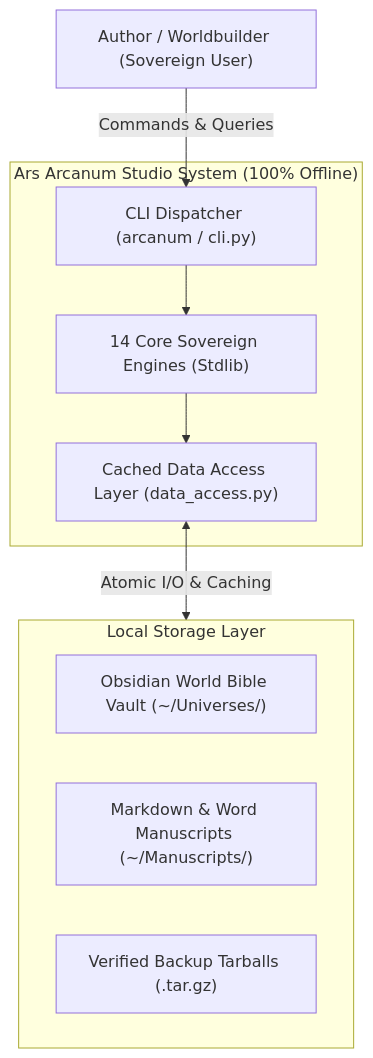
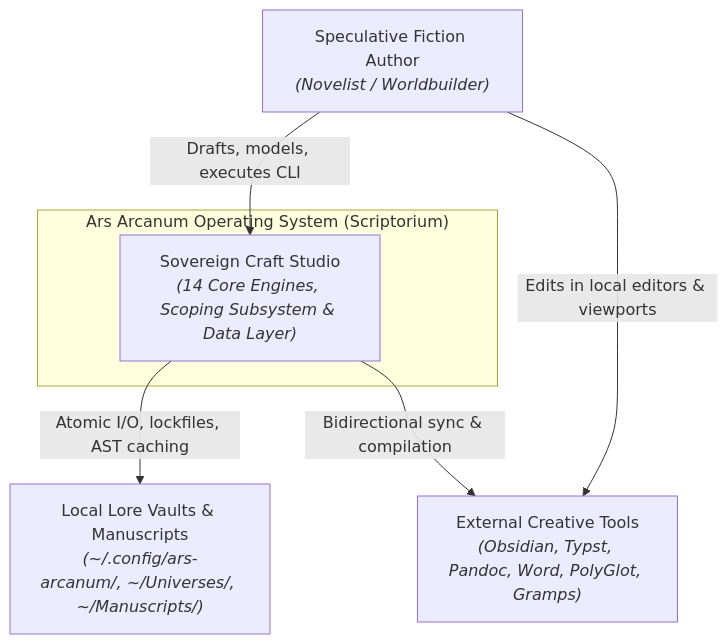
Before and after one commit to aryansinghnagar/Ars-Arcanum: the first of 7 diagrams in docs/codebase/ARCHITECTURE.md, drawn with Mermaid. The commit also changed other lines of this file and 34 other files, not shown here.

First line of the commit message:
feat(docs & core): update authoritative architecture blueprint and harden core primitives

````diff
--- a/docs/codebase/ARCHITECTURE.md
+++ b/docs/codebase/ARCHITECTURE.md
@@ -133,21 +218,16 @@
 ```mermaid
 flowchart TD
-    Author["Author / Worldbuilder (Sovereign User)"]
+    AUTHOR["Speculative Fiction Author<br/><i>(Novelist / Worldbuilder)</i>"]
     
-    subgraph ArsArcanum["Ars Arcanum Studio System (100% Offline)"]
-        CLI["CLI Dispatcher (arcanum / cli.py)"]
-        Engines["14 Core Sovereign Engines (Stdlib)"]
-        DAL["Cached Data Access Layer (data_access.py)"]
+    subgraph ARS["Ars Arcanum Operating System (Scriptorium)"]
+        STUDIO["Sovereign Craft Studio<br/><i>(14 Core Engines, Scoping Subsystem & Data Layer)</i>"]
     end
     
-    subgraph Storage["Local Storage Layer"]
-        Vault["Obsidian World Bible Vault (~/Universes/)"]
-        Manuscript["Markdown & Word Manuscripts (~/Manuscripts/)"]
-        Backups["Verified Backup Tarballs (.tar.gz)"]
-    end
+    VAULT["Local Lore Vaults & Manuscripts<br/><i>(~/.config/ars-arcanum/, ~/Universes/, ~/Manuscripts/)</i>"]
+    EXT_TOOLS["External Creative Tools<br/><i>(Obsidian, Typst, Pandoc, Word, PolyGlot, Gramps)</i>"]
     
-    Author -->|Commands & Queries| CLI
-    CLI --> Engines
-    Engines --> DAL
-    DAL <-->|Atomic I/O & Caching| Storage
+    AUTHOR -->|Drafts, models, executes CLI| STUDIO
+    STUDIO -->|Atomic I/O, lockfiles, AST caching| VAULT
+    STUDIO -->|Bidirectional sync & compilation| EXT_TOOLS
+    AUTHOR -->|Edits in local editors & viewports| EXT_TOOLS
 ```
````
